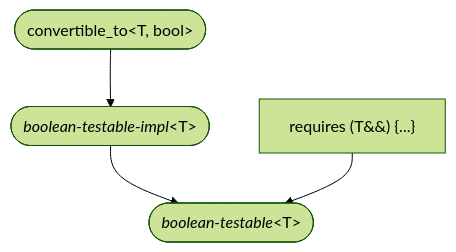
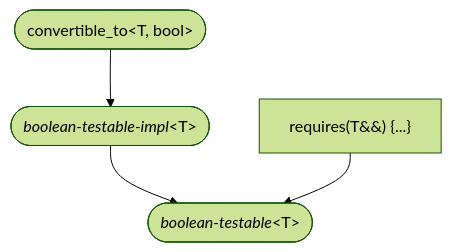
One commit to yohhoy/cpp-concepts changed diagram 12 of 18 in README.md. Above: the diagram before and after it, drawn with Mermaid (forest theme). The commit also changed other lines of this file, not shown here.

````diff
--- a/README.md
+++ b/README.md
@@ -140,7 +140,7 @@
 ```mermaid
 graph TD
     %% std::boolean-testable<T>
     convertible_to(["convertible_to&lt;T, bool&gt;"]) --> impl(["<i>boolean-testable-impl</i>&lt;T&gt;"]);
     impl --> boolean_testable(["<i>boolean-testable</i>&lt;T&gt;"]);
-    AC["requires (T&amp;&amp;) {...}"] --> boolean_testable;
+    AC["requires(T&amp;&amp;) {...}"] --> boolean_testable;
 ```
````
